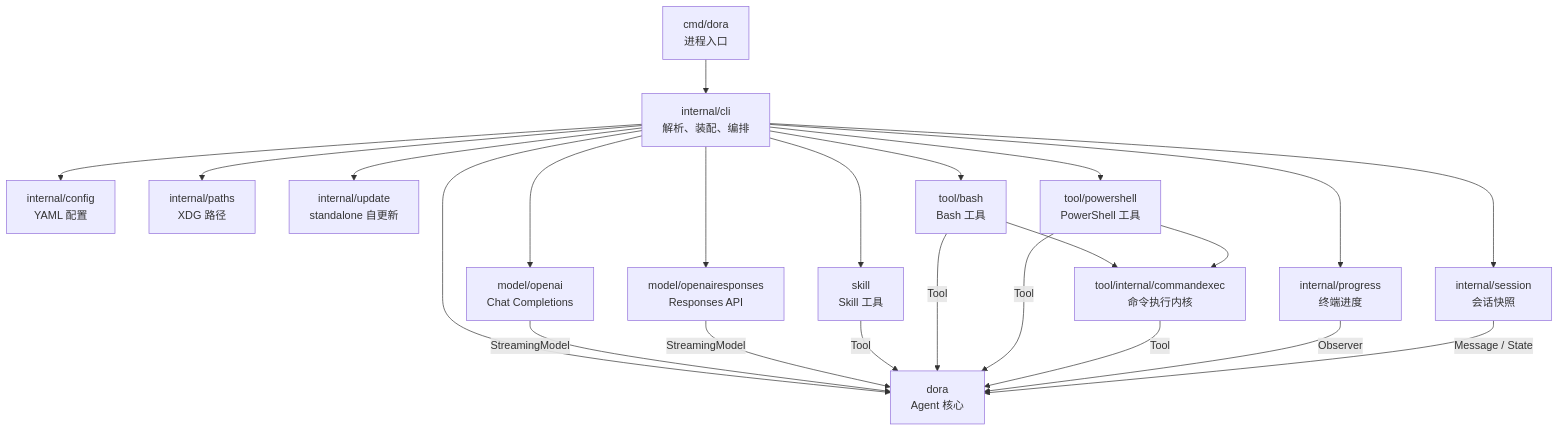
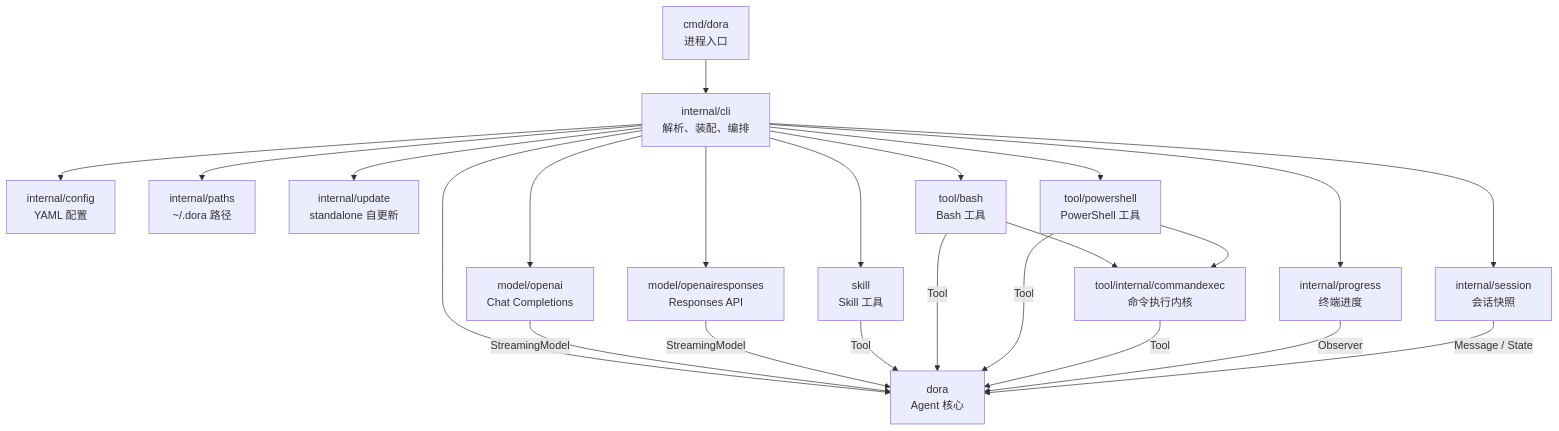
Before and after one commit to lgxz/dora: the first of 2 diagrams in docs/architecture.md, drawn with Mermaid. The commit also changed other lines of this file and 3 other files, not shown here.

First line of the commit message:
Simplify paths to ~/.dora layout with DORA_HOME override

````diff
--- a/docs/architecture.md
+++ b/docs/architecture.md
@@ -17,28 +17,28 @@
 ```mermaid
 flowchart TD
     Main["cmd/dora<br/>进程入口"] --> CLI["internal/cli<br/>解析、装配、编排"]
 
     CLI --> Config["internal/config<br/>YAML 配置"]
-    CLI --> Paths["internal/paths<br/>XDG 路径"]
+    CLI --> Paths["internal/paths<br/>~/.dora 路径"]
     CLI --> Session["internal/session<br/>会话快照"]
     CLI --> Update["internal/update<br/>standalone 自更新"]
     CLI --> Progress["internal/progress<br/>终端进度"]
     CLI --> Core["dora<br/>Agent 核心"]
     CLI --> OpenAI["model/openai<br/>Chat Completions"]
     CLI --> Responses["model/openairesponses<br/>Responses API"]
     CLI --> Skill["skill<br/>Skill 工具"]
     CLI --> Bash["tool/bash<br/>Bash 工具"]
     CLI --> PowerShell["tool/powershell<br/>PowerShell 工具"]
 
     Bash --> CommandExec["tool/internal/commandexec<br/>命令执行内核"]
     PowerShell --> CommandExec
 
     OpenAI -->|"StreamingModel"| Core
     Responses -->|"StreamingModel"| Core
     Skill -->|"Tool"| Core
     Bash -->|"Tool"| Core
     PowerShell -->|"Tool"| Core
     CommandExec -->|"Tool"| Core
     Progress -->|"Observer"| Core
     Session -->|"Message / State"| Core
 ```
````
